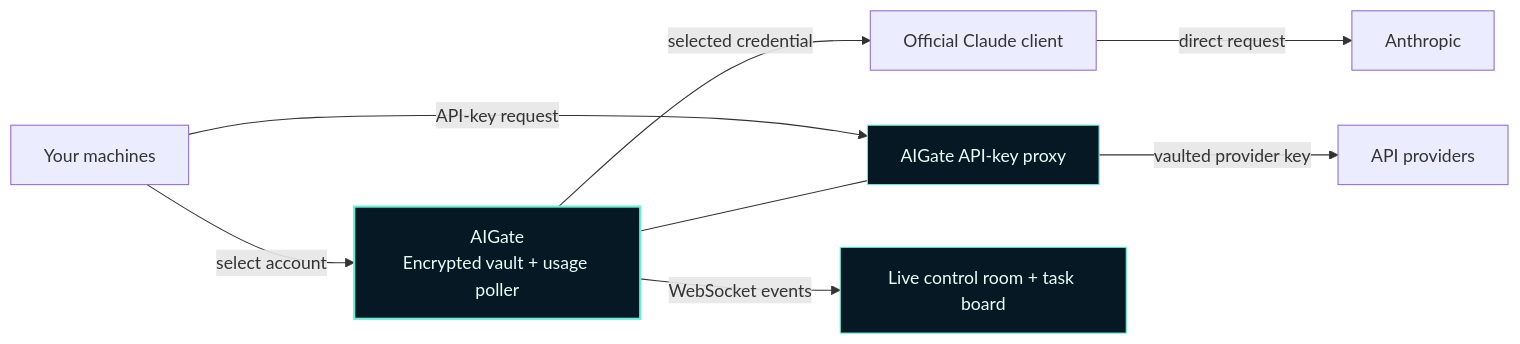
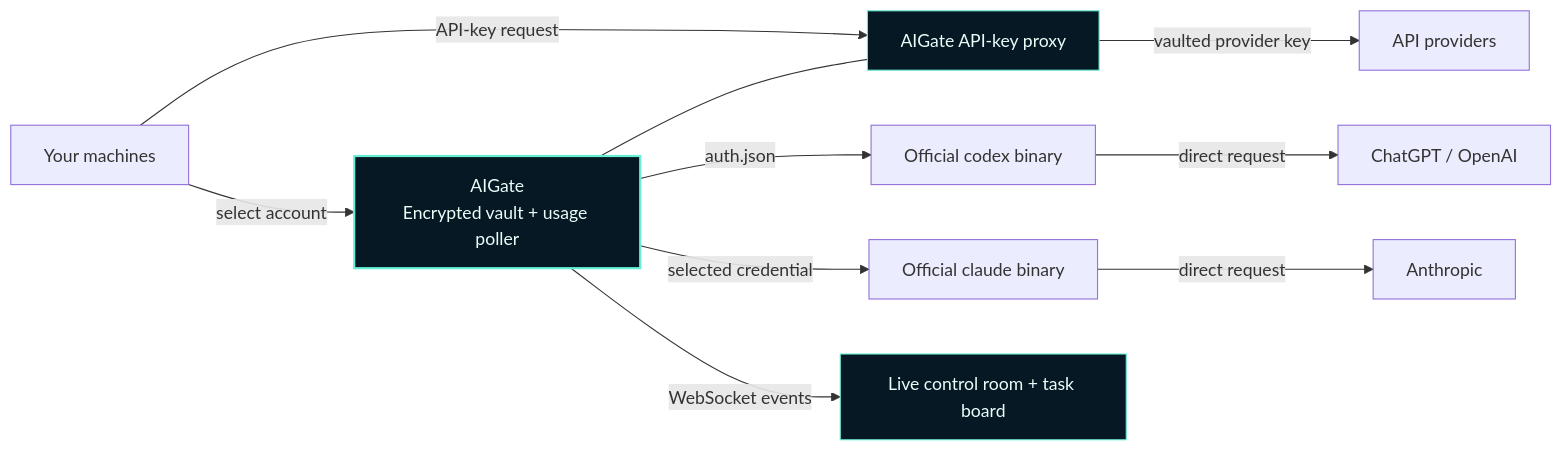
The diagram in README.md (shoemoney/aigate), drawn with Mermaid before and after one commit. The commit also changed other lines of this file and 1 other file, not shown here.

First line of the commit message:
docs: 📚 codex accounts, ai front door, desktop caveat, CPA retired ⚖️🧠

````diff
--- a/README.md
+++ b/README.md
@@ -122,13 +123,15 @@
 ```mermaid
 flowchart LR
   Client["Your machines"] -->|"select account"| Vault["AIGate<br/>Encrypted vault + usage poller"]
-  Vault -->|"selected credential"| Claude["Official Claude client"]
+  Vault -->|"selected credential"| Claude["Official claude binary"]
   Claude -->|"direct request"| Anthropic["Anthropic"]
+  Vault -->|"auth.json"| Codex["Official codex binary"]
+  Codex -->|"direct request"| OpenAI["ChatGPT / OpenAI"]
   Client -->|"API-key request"| Proxy["AIGate API-key proxy"]
   Vault --- Proxy
   Proxy -->|"vaulted provider key"| Providers["API providers"]
   Vault -->|"WebSocket events"| UI["Live control room + task board"]
   style Vault fill:#071825,color:#e9fff9,stroke:#67efd6,stroke-width:2px
   style Proxy fill:#071825,color:#e9fff9,stroke:#67efd6
   style UI fill:#071825,color:#e9fff9,stroke:#67efd6
 ```
````
